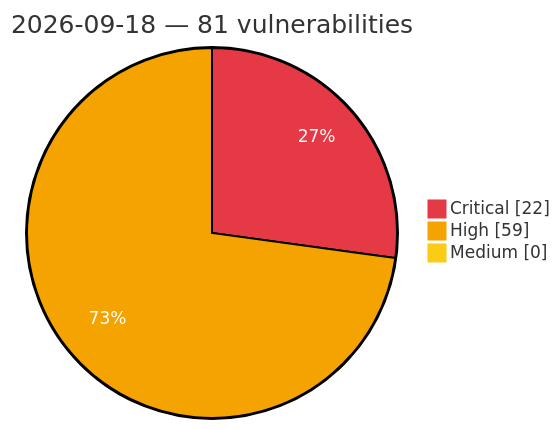
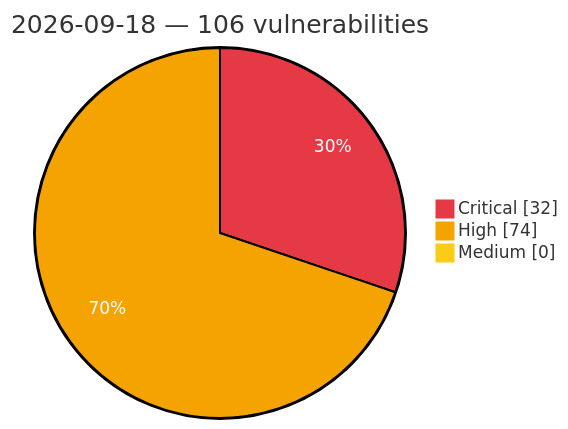
One commit to GhostX0X/vuln-tracker changed the diagram in vulnerabilities/2026/September/2026-09-18.md. Above: the diagram before and after it, drawn with Mermaid. The commit also changed other lines of this file and 5 other files, not shown here.

Commit message:
Auto update: critical/high vulns (2026-09-18 22:16 UTC)

````diff
--- a/vulnerabilities/2026/September/2026-09-18.md
+++ b/vulnerabilities/2026/September/2026-09-18.md
@@ -3,8 +3,8 @@
 ```mermaid
 %%{init: {'theme':'base', 'themeVariables': {'pie1':'#e63946', 'pie2':'#f4a300', 'pie3':'#facc15', 'pieOpacity':'1', 'pieOuterStrokeWidth':'2px', 'pieSectionTextColor':'#ffffff'}}}%%
 pie showData
-    title 2026-09-18 — 81 vulnerabilities
-    "Critical" : 22
-    "High" : 59
+    title 2026-09-18 — 106 vulnerabilities
+    "Critical" : 32
+    "High" : 74
     "Medium" : 0
 ```
````
